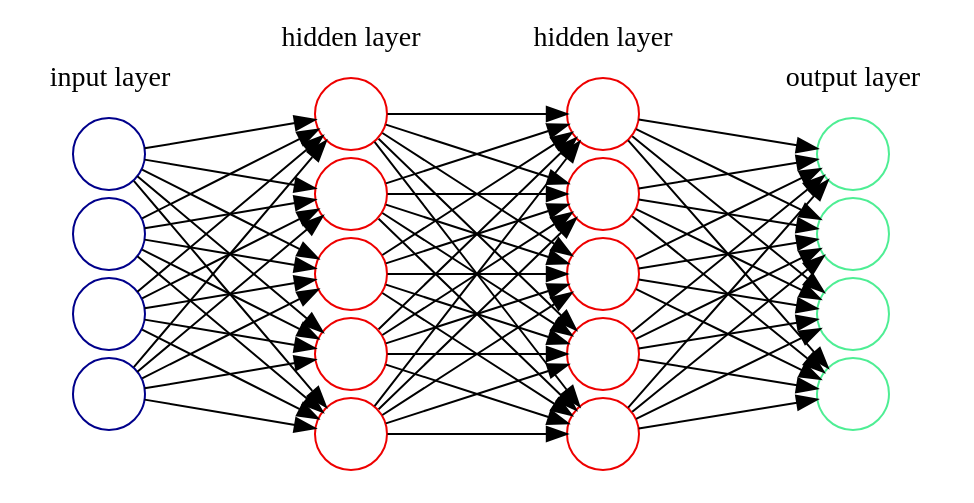
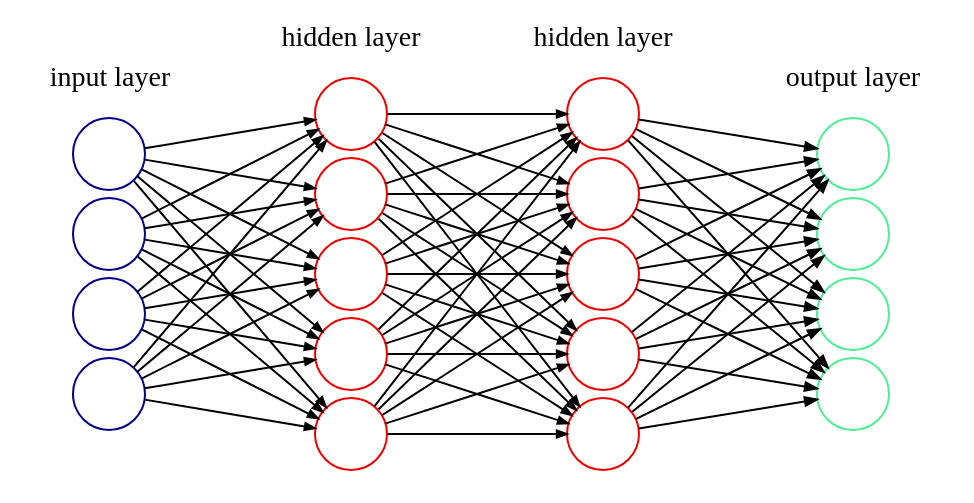
Before and after one commit to Findus23/Bachelors-Thesis: the diagram in images/graphviz/general.dot, drawn with Graphviz. The commit also changed 11 other files, not shown here.

```diff
--- a/images/graphviz/general.dot
+++ b/images/graphviz/general.dot
@@ -1,41 +1,41 @@
 digraph G {
     rankdir=LR
     splines=line
     nodesep=.05;
 	bgcolor="transparent";
     penwidth = 0
-    node[label=""]    
+    node[label=""]
     subgraph cluster_0 {
 		color=white;
                 node [style=solid,color=blue4, shape=circle];
 		x1 x2 x3 x4 ;
         bgcolor="transparent";
 
 		label = "input layer";
 	}
 
 	subgraph cluster_1 {
 		color=white;
 		node [style=solid,color=red2, shape=circle];
 		a12 a22 a32 a42 a52;
 		label = "hidden layer";
 	}
 
 	subgraph cluster_2 {
 		color=white;
 		node [style=solid,color=red2, shape=circle];
 		a13 a23 a33 a43 a53;
 		label = "hidden layer";
 	}
 
 	subgraph cluster_3 {
 		color=white;
 		node [style=solid,color=seagreen2, shape=circle];
 		O1 O2 O3 O4;
 		label="output layer";
 	}
 
-    {x1; x2; x3; x4} -> {a12;a22;a32;a42;a52};
-    {a12; a22; a32; a42; a52} -> {a13;a23;a33;a43;a53}; 
-	{a13;a23;a33;a43;a53} -> {O1;O2;O3;O4}
+    {x1; x2; x3; x4} -> {a12;a22;a32;a42;a52} [arrowsize=0.5];
+    {a12; a22; a32; a42; a52} -> {a13;a23;a33;a43;a53} [arrowsize=0.5];
+	{a13;a23;a33;a43;a53} -> {O1;O2;O3;O4} [arrowsize=0.6]
 }
```
